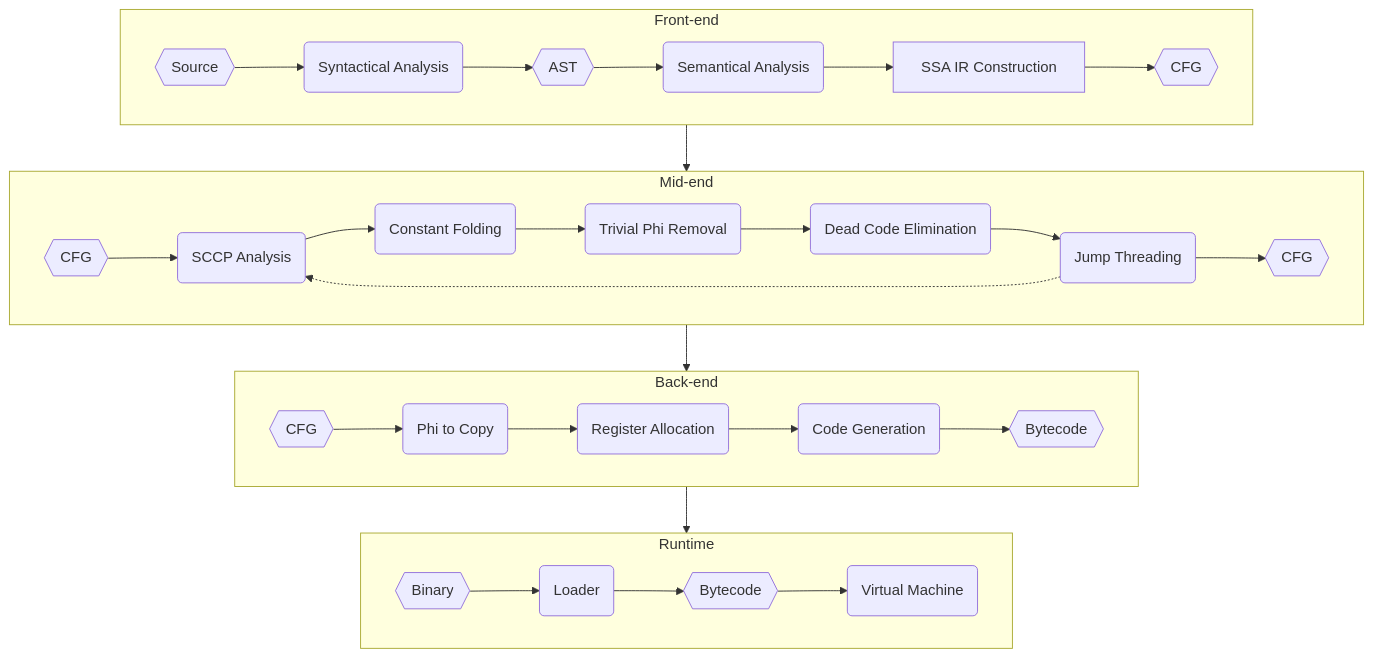
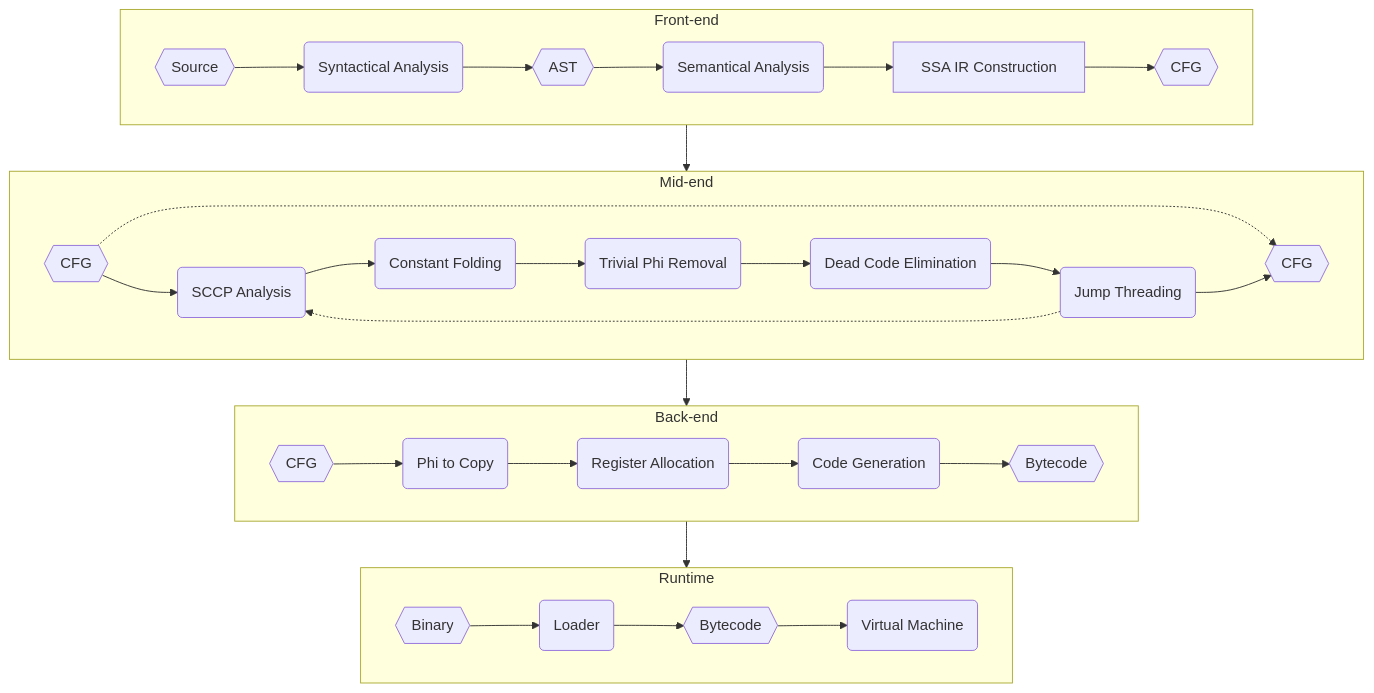
One commit to felys-lang/felys changed the diagram in README.md. Above: the diagram before and after it, drawn with Mermaid. The commit also changed other lines of this file, not shown here.

````diff
--- a/README.md
+++ b/README.md
@@ -24,43 +28,44 @@
 ```mermaid
 flowchart TD
     subgraph FrontEnd [Front-end]
         direction LR
         FA{{Source}} --> FB(Syntactical Analysis)
         FB --> FC{{AST}}
         FC --> FD(Semantical Analysis)
         FD --> FE[SSA IR Construction]
         FE --> FF{{CFG}}
     end
 
     FrontEnd --> MidEnd
 
     subgraph MidEnd [Mid-end]
         direction LR
         MA{{CFG}} --> MB(SCCP Analysis)
         MB --> MC(Constant Folding)
         MC --> MD(Trivial Phi Removal)
         MD --> ME(Dead Code Elimination)
         ME --> MF(Jump Threading)
         MF -.-> MB
+        MA -.-> MG
         MF --> MG{{CFG}}
     end
 
     MidEnd --> BackEnd
 
     subgraph BackEnd [Back-end]
         direction LR
         BA{{CFG}} --> BB(Phi to Copy)
         BB --> BC(Register Allocation)
         BC --> BD(Code Generation)
         BD --> BE{{Bytecode}}
     end
 
     BackEnd --> Runtime
-    
+
     subgraph Runtime [Runtime]
         direction LR
         RA{{Binary}} --> RB(Loader)
         RB --> RC{{Bytecode}}
         RC --> VM(Virtual Machine)
     end
 ```
````
